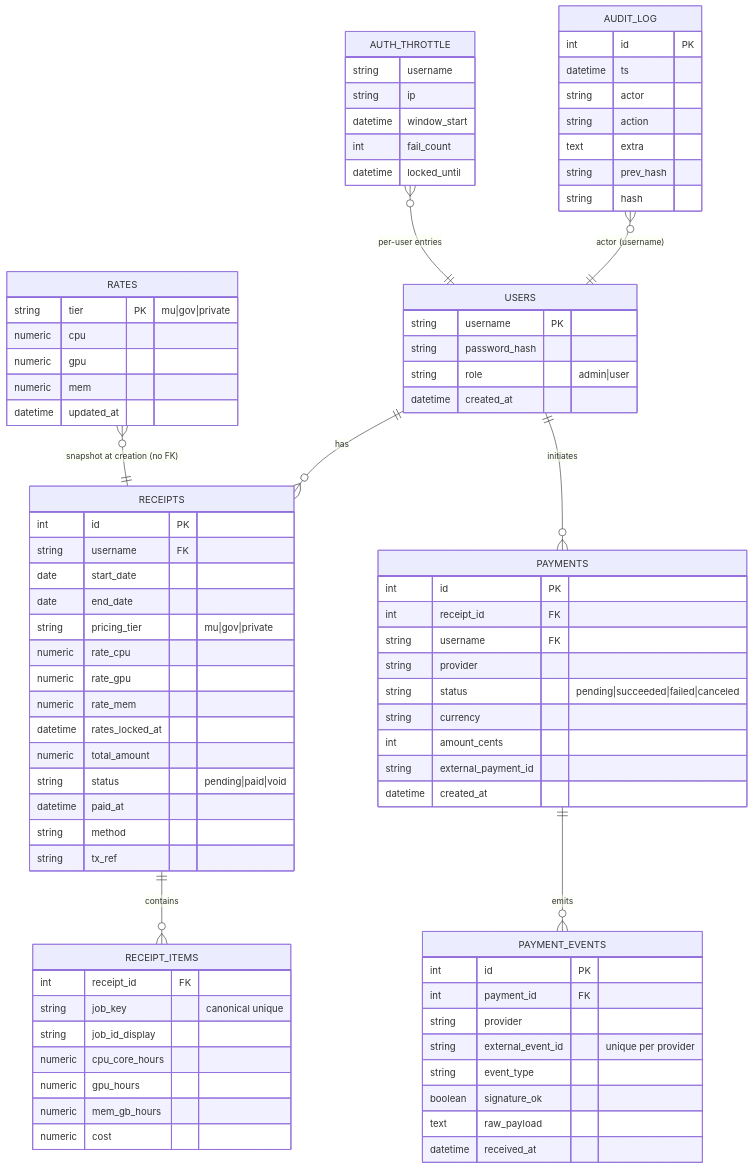
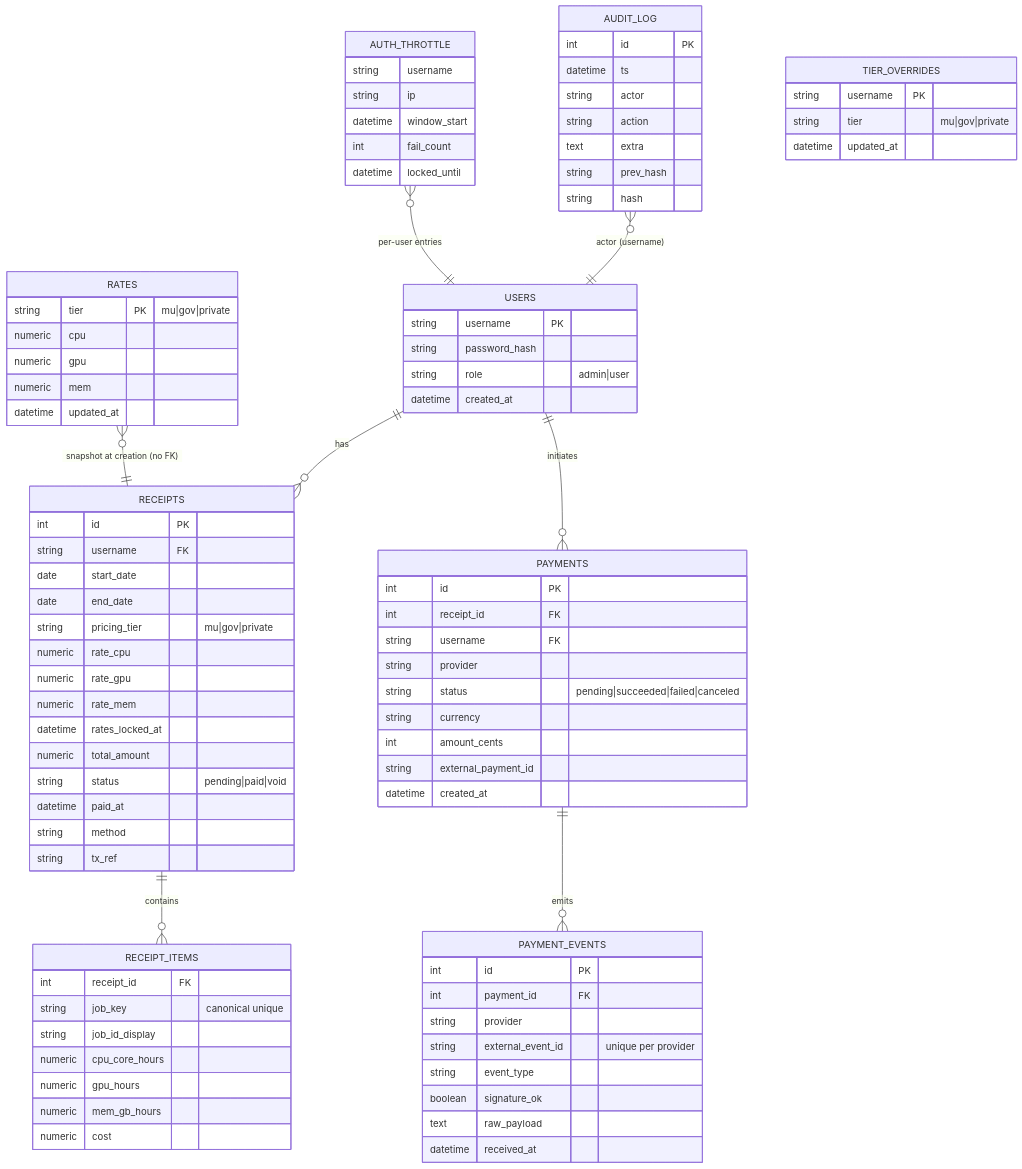
Before and after one commit to Purinat33/hpc_flask: the fifth of 9 diagrams in docs/02-architecture.md, drawn with Mermaid. The commit also changed other lines of this file and 2 other files, not shown here.

````diff
--- a/docs/02-architecture.md
+++ b/docs/02-architecture.md
@@ -258,4 +273,10 @@
     string prev_hash
     string hash
   }
+
+    TIER_OVERRIDES {
+    string username PK
+    string tier "mu|gov|private"
+    datetime updated_at
+  }
 ```
````
